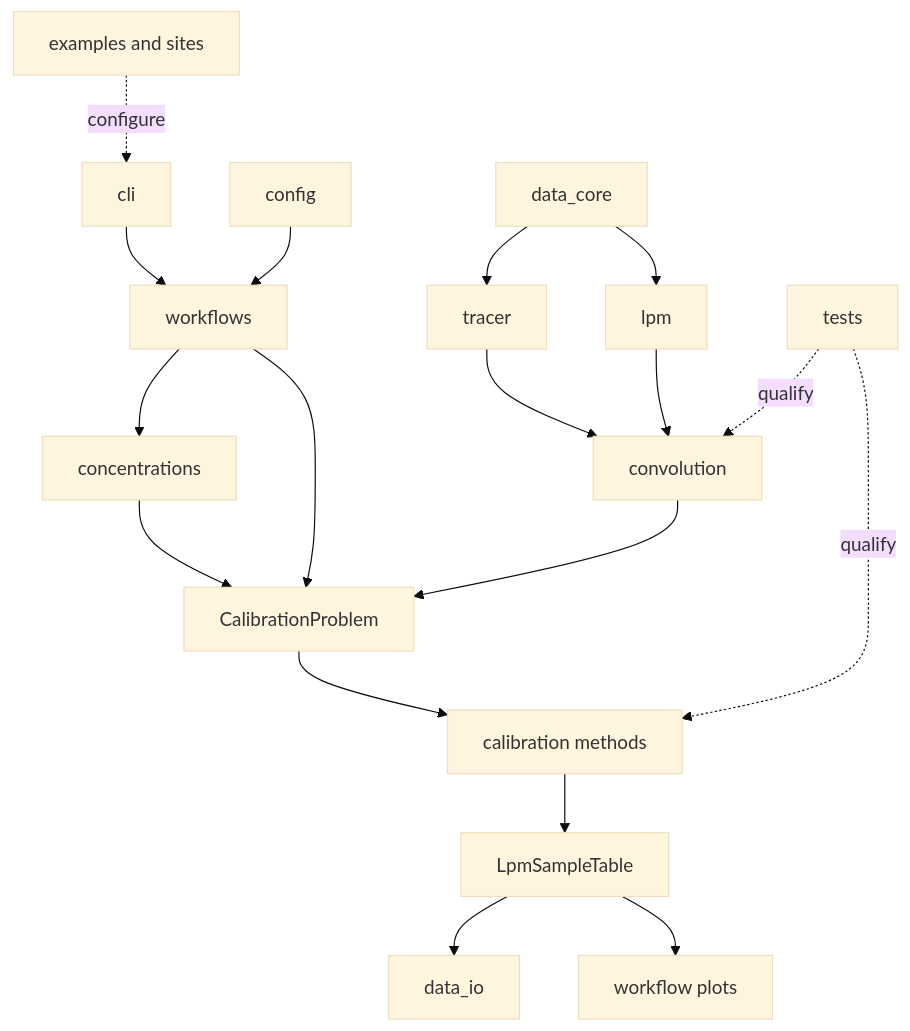
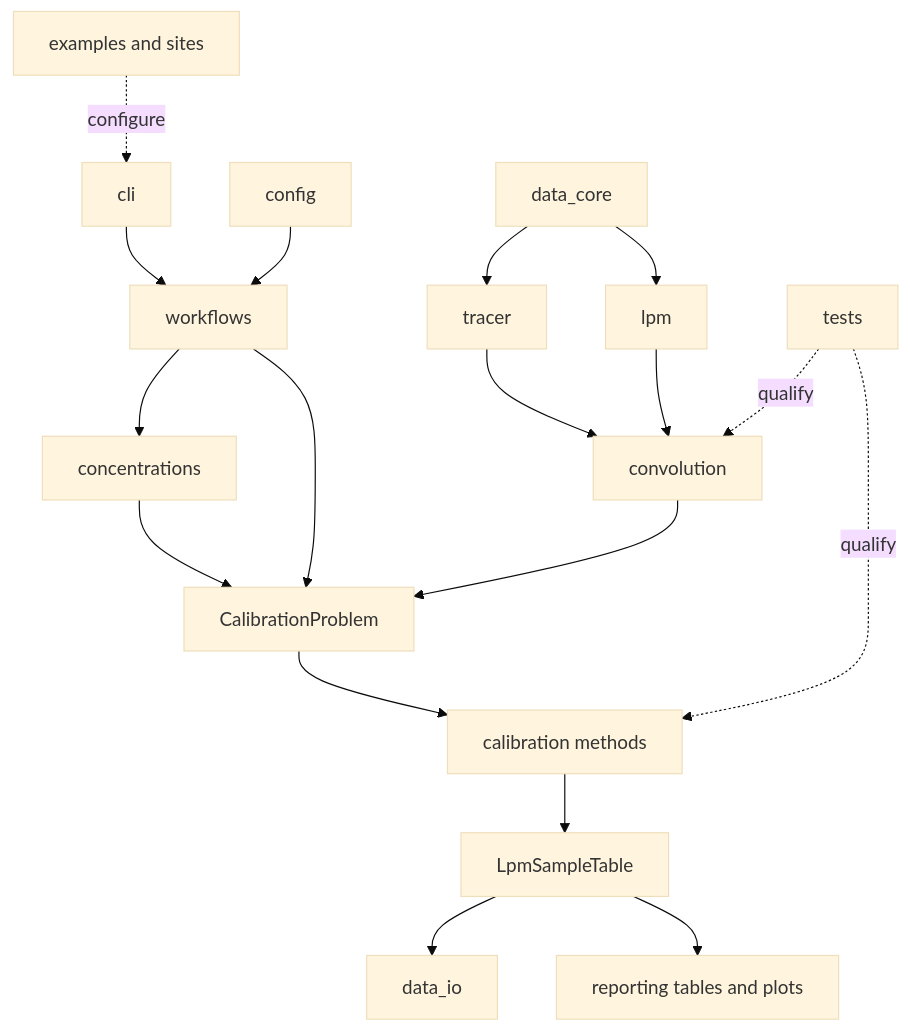
Before and after one commit to dreuzy/PyAges: the first of 2 diagrams in docs/architecture.md, drawn with Mermaid (base theme). The commit also changed other lines of this file and 107 other files, not shown here.

````diff
--- a/docs/architecture.md
+++ b/docs/architecture.md
@@ -96,23 +103,23 @@
 ```{mermaid}
 flowchart TB
   DATA[data_core] --> TRACER[tracer]
   DATA --> LPM[lpm]
 
   CLI[cli] --> WF[workflows]
   CONFIG[config] --> WF
   CONC[concentrations] --> PROBLEM[CalibrationProblem]
   WF --> CONC
   WF --> PROBLEM
 
   TRACER --> CONV[convolution]
   LPM --> CONV
   CONV --> PROBLEM
   PROBLEM --> METHODS[calibration methods]
   METHODS --> RESULT[LpmSampleTable]
   RESULT --> IO[data_io]
-  RESULT --> PLOTS[workflow plots]
+  RESULT --> REPORTING[reporting tables and plots]
 
   EXAMPLES[examples and sites] -. configure .-> CLI
   TESTS[tests] -. qualify .-> CONV
   TESTS -. qualify .-> METHODS
 ```
````
